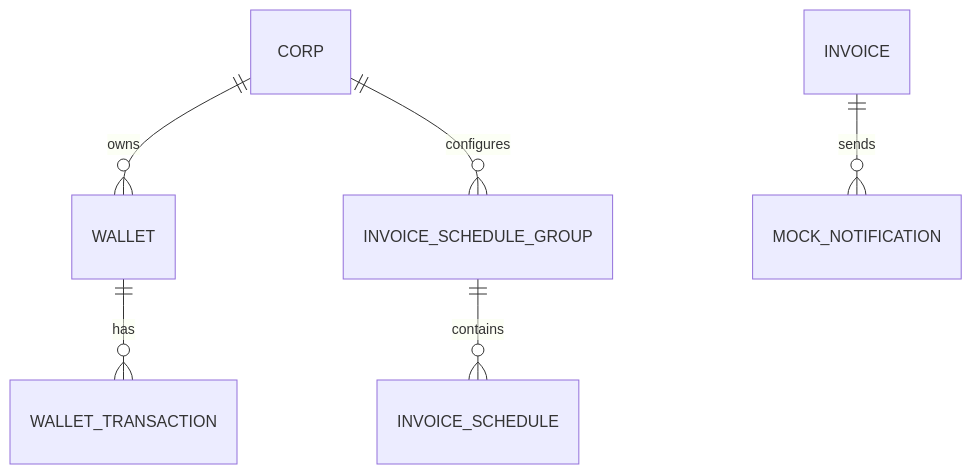
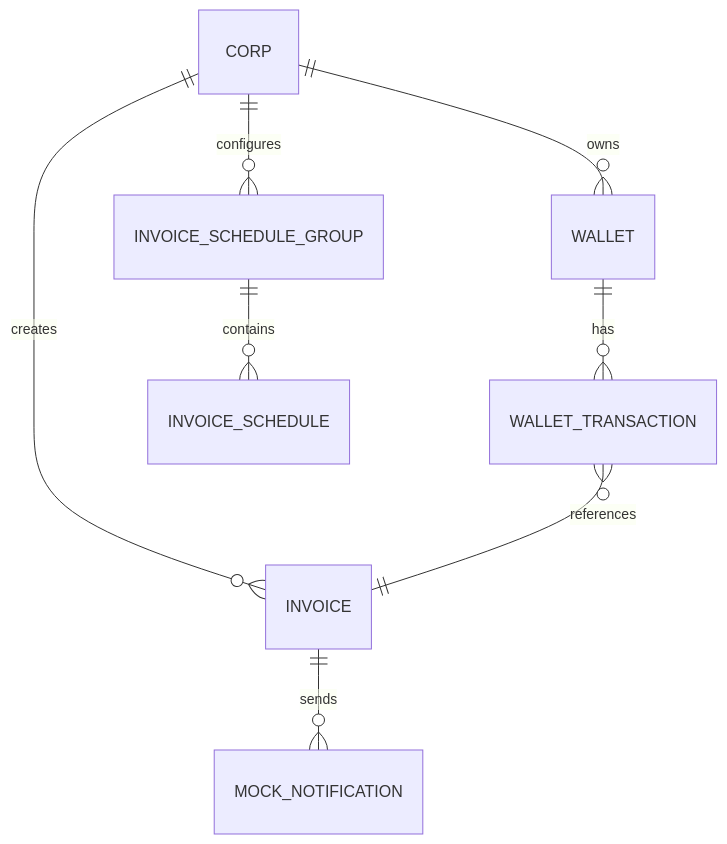
The diagram in DEVELOPMENT.md (tkdlqh2/schedule-invoice-demo), drawn with Mermaid before and after one commit. The commit also changed other lines of this file, not shown here.

````diff
--- a/DEVELOPMENT.md
+++ b/DEVELOPMENT.md
@@ -104,8 +104,10 @@
 ```mermaid
 erDiagram
     CORP ||--o{ WALLET : owns
     WALLET ||--o{ WALLET_TRANSACTION : has
     CORP ||--o{ INVOICE_SCHEDULE_GROUP : configures
     INVOICE_SCHEDULE_GROUP ||--o{ INVOICE_SCHEDULE : contains
+    CORP ||--o{ INVOICE : creates
     INVOICE ||--o{ MOCK_NOTIFICATION : sends
+    WALLET_TRANSACTION }o--|| INVOICE : references
 ```
````
